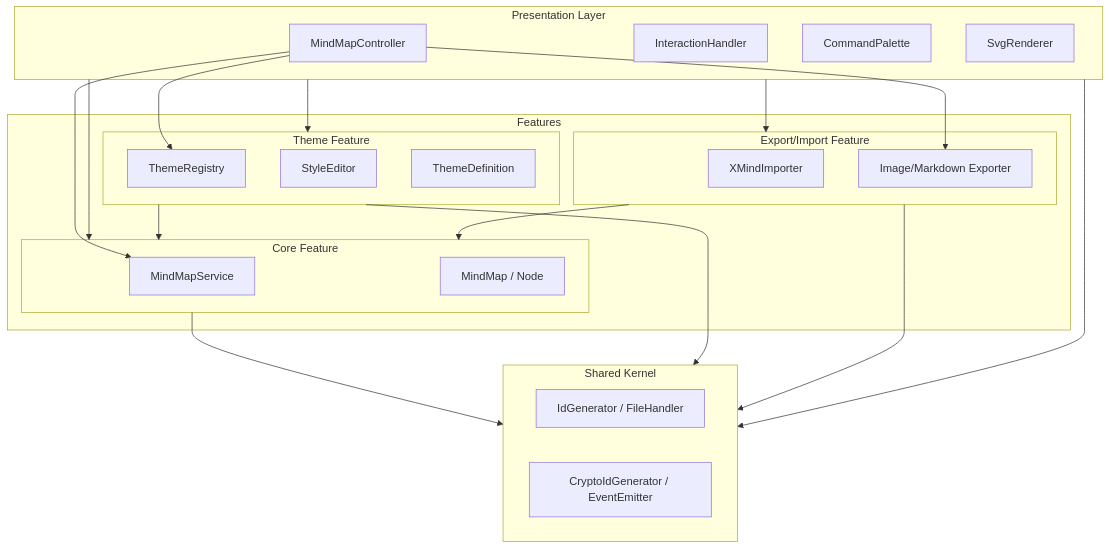
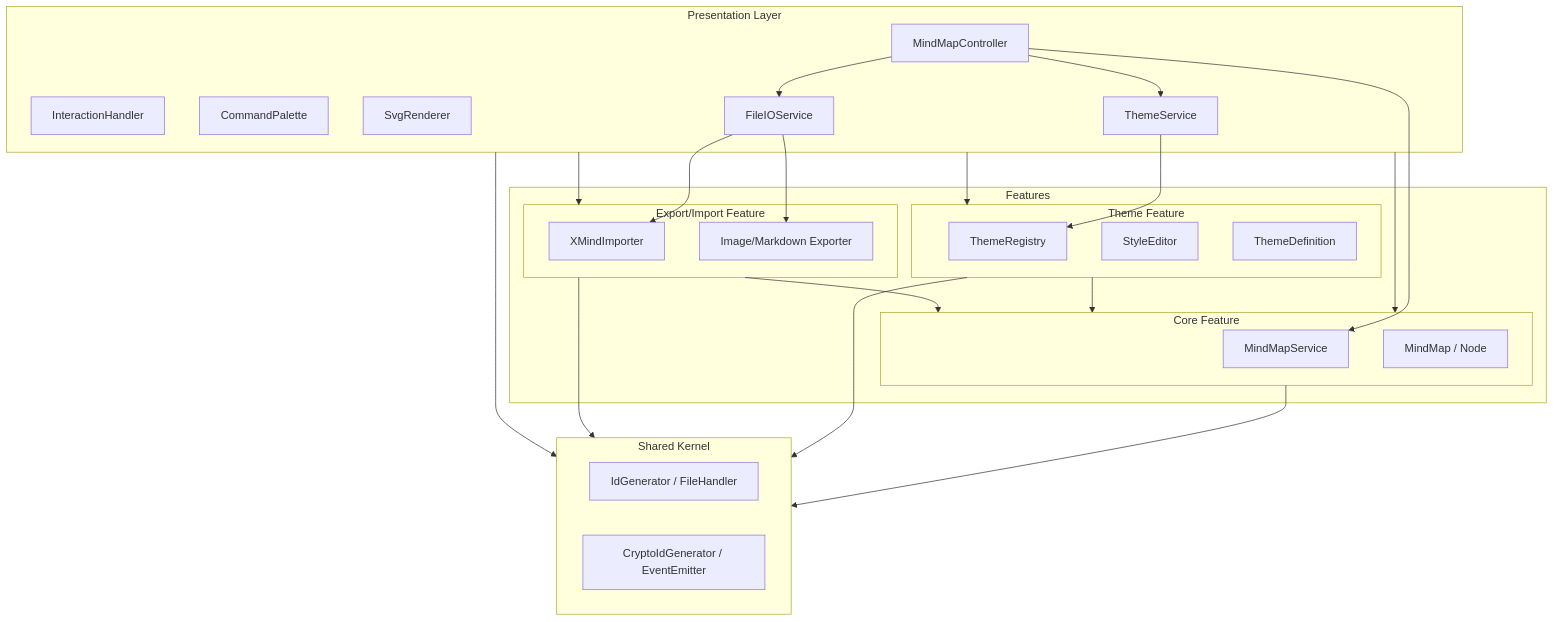
Before and after one commit to hiroooo000/kakidash: the first of 7 diagrams in docs/SOFTWARE_ARCHITECTURE_ja.md, drawn with Mermaid. The commit also changed other lines of this file and 25 other files, not shown here.

First line of the commit message:
refactor: extract FileIOService and ThemeService from MindMapController

````diff
--- a/docs/SOFTWARE_ARCHITECTURE_ja.md
+++ b/docs/SOFTWARE_ARCHITECTURE_ja.md
@@ -10,52 +10,58 @@
 ```mermaid
 graph TD
     subgraph Presentation ["Presentation Layer"]
         Controller[MindMapController]
         Interaction[InteractionHandler]
         Command[CommandPalette]
         View[SvgRenderer]
+        ThemeSvc[ThemeService]
+        IOSvc[FileIOService]
     end
 
     subgraph Features ["Features"]
         subgraph Core ["Core Feature"]
             Service[MindMapService]
             DomainEntities[MindMap / Node]
         end
 
         subgraph Theme ["Theme Feature"]
             ThemeReg[ThemeRegistry]
             StyleEd[StyleEditor]
             ThemeDef[ThemeDefinition]
         end
 
         subgraph Export ["Export/Import Feature"]
             Importers[XMindImporter]
             Exporters[Image/Markdown Exporter]
         end
     end
 
     subgraph Shared ["Shared Kernel"]
         Kernel[IdGenerator / FileHandler]
         Infra[CryptoIdGenerator / EventEmitter]
     end
 
     %% Dependencies
     Presentation --> Core
     Presentation --> Theme
     Presentation --> Export
     
     %% Feature Inter-dependencies
     Theme --> Core
     Export --> Core
 
     %% Cross-cutting
     Core --> Shared
     Theme --> Shared
     Export --> Shared
     Presentation --> Shared
 
     %% Specific wiring
+    %% Specific wiring
     Controller --> Service
-    Controller --> ThemeReg
-    Controller --> Exporters
+    Controller --> ThemeSvc
+    Controller --> IOSvc
+    ThemeSvc --> ThemeReg
+    IOSvc --> Importers
+    IOSvc --> Exporters
 ```
````
